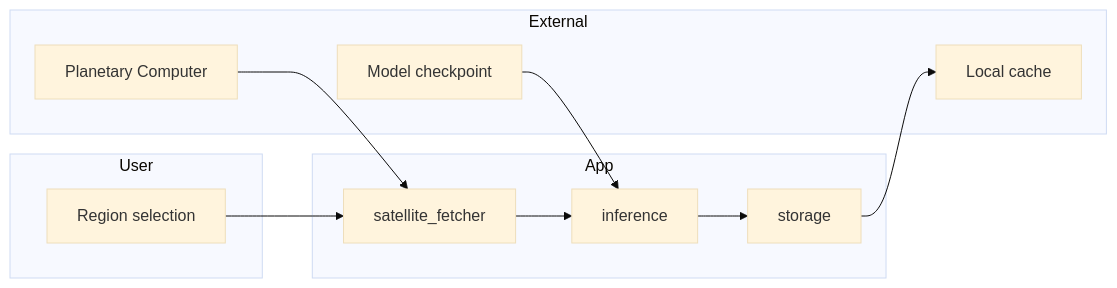
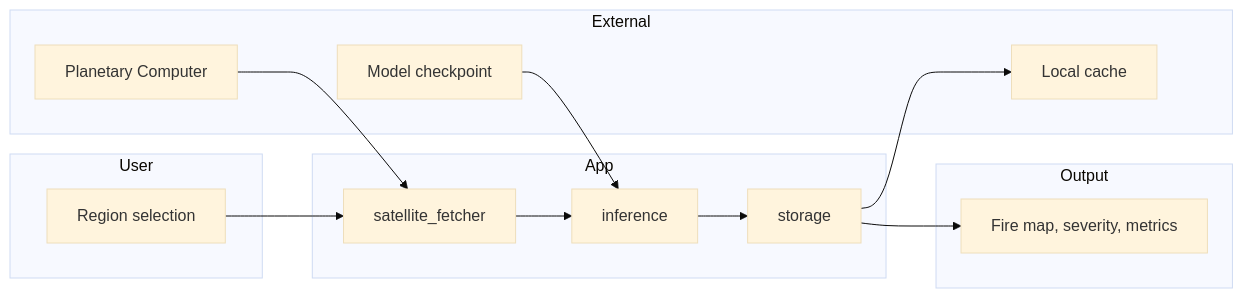
One commit to essenciary/aidlfire changed the diagram in docs/APP.md. Above: the diagram before and after it, drawn with Mermaid (base theme). The commit also changed other lines of this file, not shown here.

````diff
--- a/docs/APP.md
+++ b/docs/APP.md
@@ -66,25 +74,30 @@
 ```mermaid
 flowchart LR
     subgraph USER["User"]
         A["Region selection"]
     end
 
     subgraph APP["App"]
         B["satellite_fetcher"]
         C["inference"]
         D["storage"]
     end
 
     subgraph EXTERNAL["External"]
         E["Planetary Computer"]
         F["Model checkpoint"]
         G["Local cache"]
     end
 
+    subgraph OUTPUT["Output"]
+        H["Fire map, severity, metrics"]
+    end
+
     A --> B
     E --> B
     B --> C
     F --> C
     C --> D
     D --> G
+    D --> H
 ```
````
